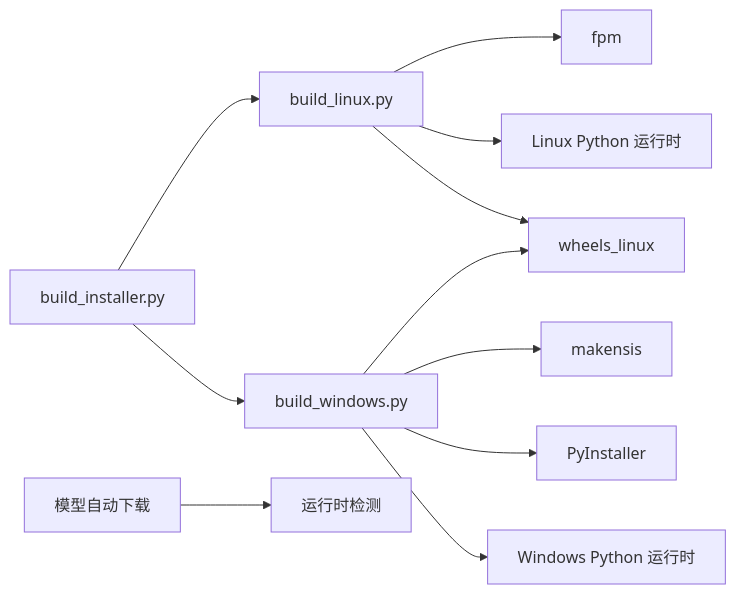
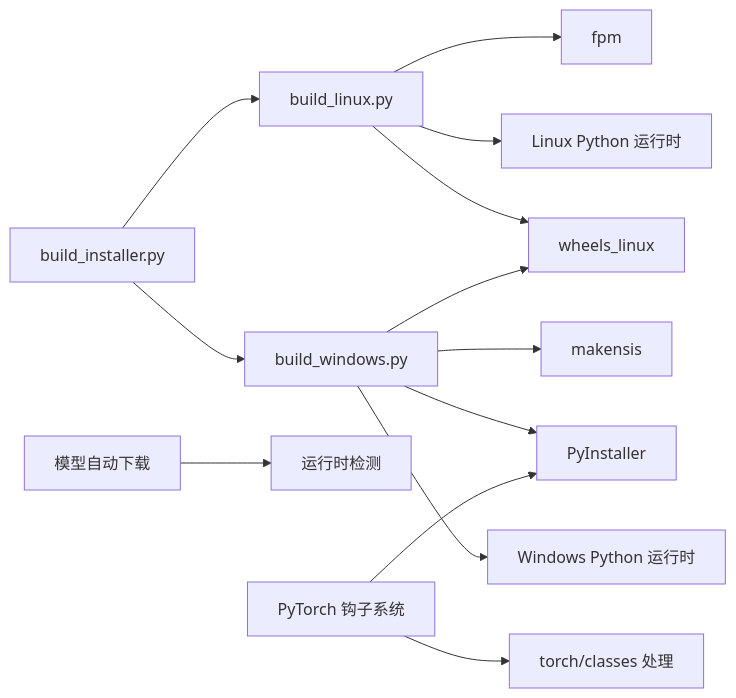
Before and after one commit to joyafa/knowledge: the sixth of 6 diagrams in .qoder/repowiki/zh/content/部署与运维/安装部署脚本/安装部署脚本.md, drawn with Mermaid. The commit also changed other lines of this file and 14 other files, not shown here.

````diff
--- a/.qoder/repowiki/zh/content/部署与运维/安装部署脚本/安装部署脚本.md
+++ b/.qoder/repowiki/zh/content/部署与运维/安装部署脚本/安装部署脚本.md
@@ -312,13 +349,15 @@
 ```mermaid
 graph LR
 BI["build_installer.py"] --> BL["build_linux.py"]
 BI --> BW["build_windows.py"]
 BL --> FPM["fpm"]
 BW --> NSIS["makensis"]
 BW --> PYI["PyInstaller"]
 BL --> PYL["Linux Python 运行时"]
 BW --> PYW["Windows Python 运行时"]
 BL --> WLS["wheels_linux"]
 BW --> WLS
 MODL["模型自动下载"] --> RUNTIME["运行时检测"]
+HOOK["PyTorch 钩子系统"] --> PYI
+HOOK --> TORCH["torch/classes 处理"]
 ```
````
